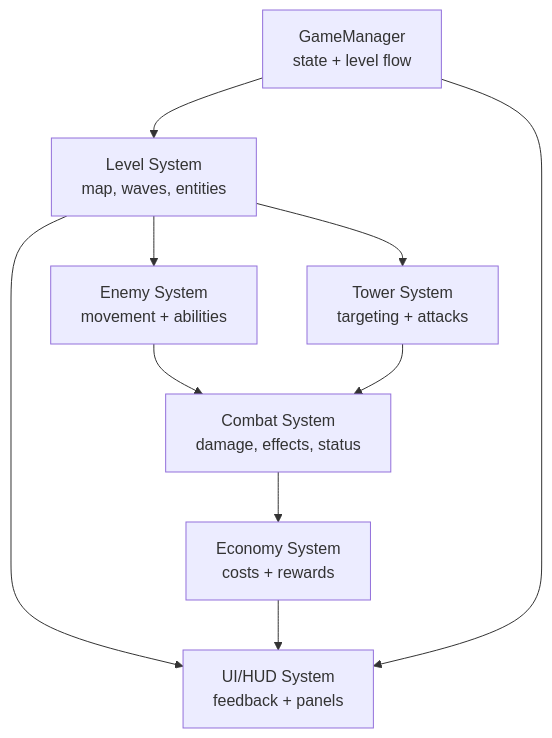
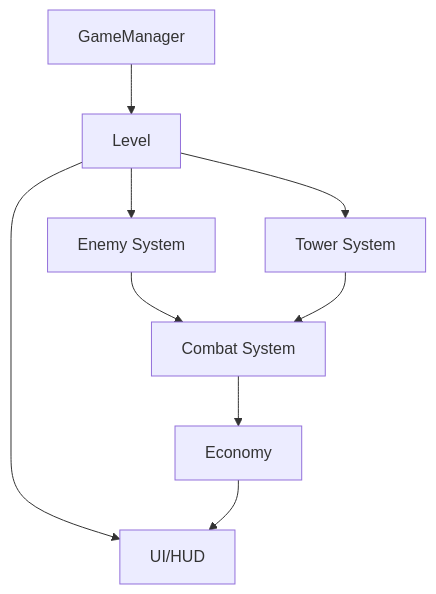
Before and after one commit to UoB-COMSM0166/2026-group-14: the diagram in docs/README.md, drawn with Mermaid. The commit also changed other lines of this file, not shown here.

````diff
--- a/docs/README.md
+++ b/docs/README.md
@@ -130,20 +139,18 @@
 ```mermaid
 flowchart TD
-    GM[GameManager<br/>state + level flow]
-    LV[Level System<br/>map, waves, entities]
-    EN[Enemy System<br/>movement + abilities]
-    TW[Tower System<br/>targeting + attacks]
-    CB[Combat System<br/>damage, effects, status]
-    EC[Economy System<br/>costs + rewards]
-    UI[UI/HUD System<br/>feedback + panels]
-
+    GM[GameManager]
+    LV[Level]
+    EN[Enemy System]
+    TW[Tower System]
+    CB[Combat System]
+    UI[UI/HUD]
+    EC[Economy]
     GM --> LV
     LV --> EN
     LV --> TW
     EN --> CB
     TW --> CB
     CB --> EC
     LV --> UI
     EC --> UI
-    GM --> UI
 ```
````
